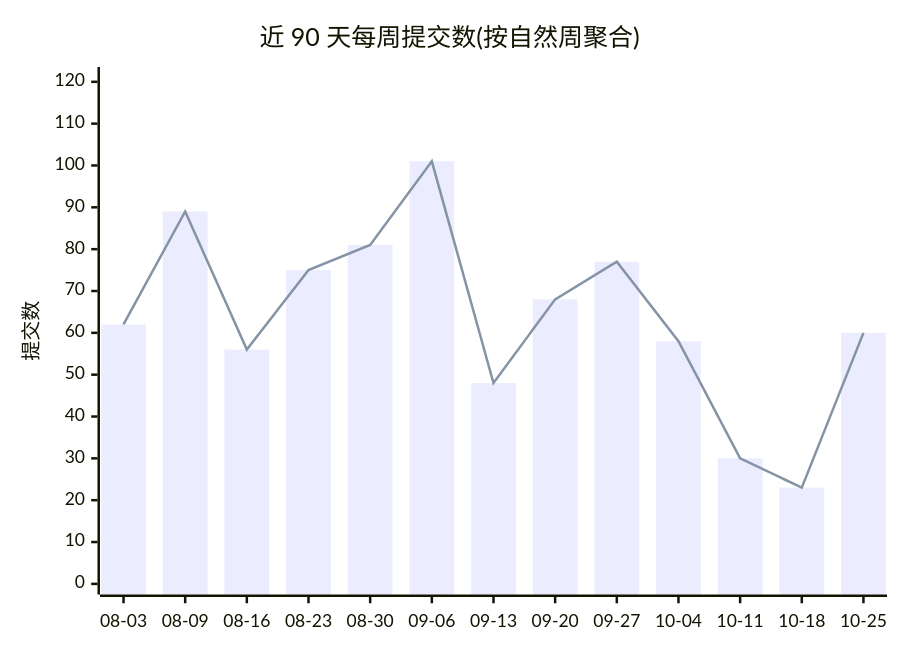
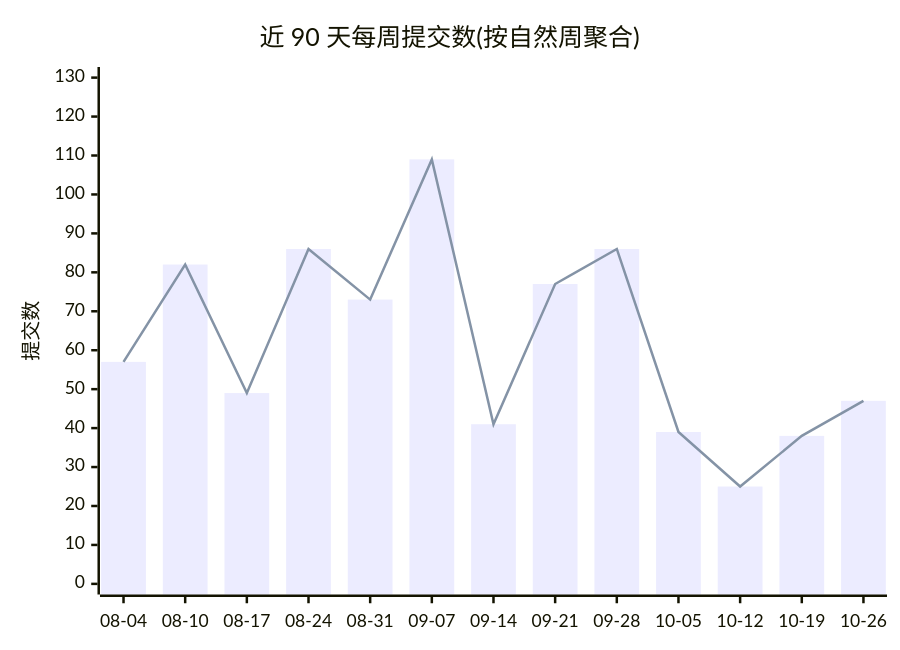
One commit to Conflux-Union/.github changed the first of 2 diagrams in profile/README.md. Above: the diagram before and after it, drawn with Mermaid. The commit also changed other lines of this file and 1 other file, not shown here.

````diff
--- a/profile/README.md
+++ b/profile/README.md
@@ -47,8 +47,8 @@
 ```mermaid
 xychart-beta
     title "近 90 天每周提交数(按自然周聚合)"
-    x-axis ["08-03", "08-09", "08-16", "08-23", "08-30", "09-06", "09-13", "09-20", "09-27", "10-04", "10-11", "10-18", "10-25"]
-    y-axis "提交数" 0 --> 121
-    bar [62, 89, 56, 75, 81, 101, 48, 68, 77, 58, 30, 23, 60]
-    line [62, 89, 56, 75, 81, 101, 48, 68, 77, 58, 30, 23, 60]
+    x-axis ["08-04", "08-10", "08-17", "08-24", "08-31", "09-07", "09-14", "09-21", "09-28", "10-05", "10-12", "10-19", "10-26"]
+    y-axis "提交数" 0 --> 130
+    bar [57, 82, 49, 86, 73, 109, 41, 77, 86, 39, 25, 38, 47]
+    line [57, 82, 49, 86, 73, 109, 41, 77, 86, 39, 25, 38, 47]
 ```
````
